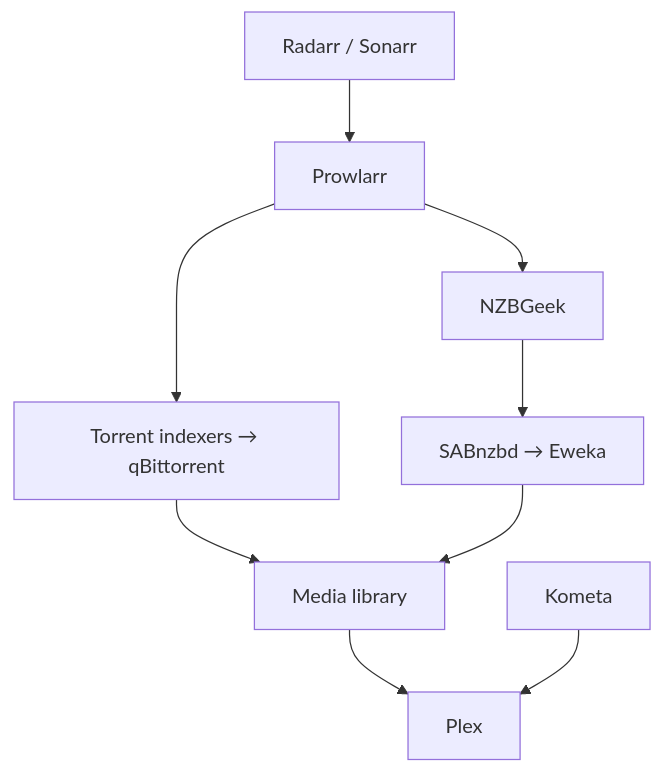
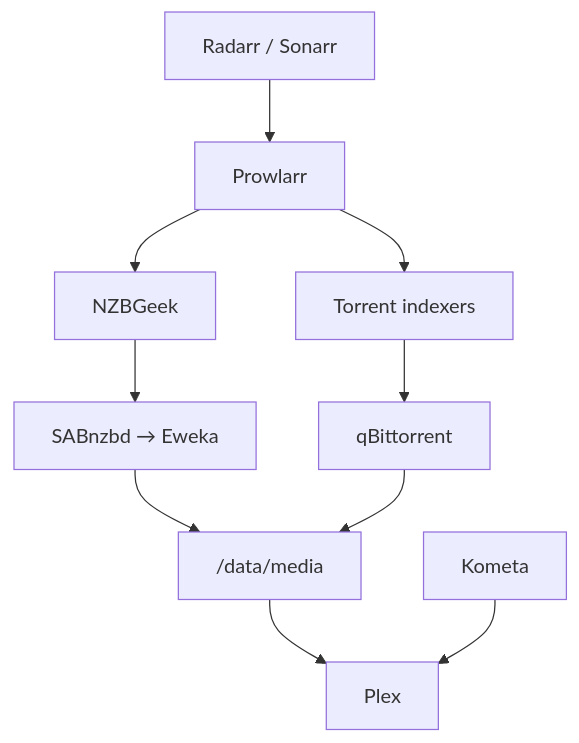
Before and after one commit to Az1mutt/homelab-infrastructure: the diagram in README.md, drawn with Mermaid. The commit also changed other lines of this file, not shown here.

````diff
--- a/README.md
+++ b/README.md
@@ -26,11 +26,12 @@
 ```mermaid
 flowchart TD
     Request["Radarr / Sonarr"] --> Prowlarr
-    Prowlarr --> Torrent["Torrent indexers → qBittorrent"]
     Prowlarr --> NZB["NZBGeek"]
     NZB --> Usenet["SABnzbd → Eweka"]
-    Torrent --> Library["Media library"]
-    Usenet --> Library
-    Library --> Plex["Plex"]
-    Kometa["Kometa"] --> Plex
+    Prowlarr --> Torrent["Torrent indexers"]
+    Torrent --> qBittorrent
+    Usenet --> Library["/data/media"]
+    qBittorrent --> Library
+    Library --> Plex
+    Kometa --> Plex
 ```
````
